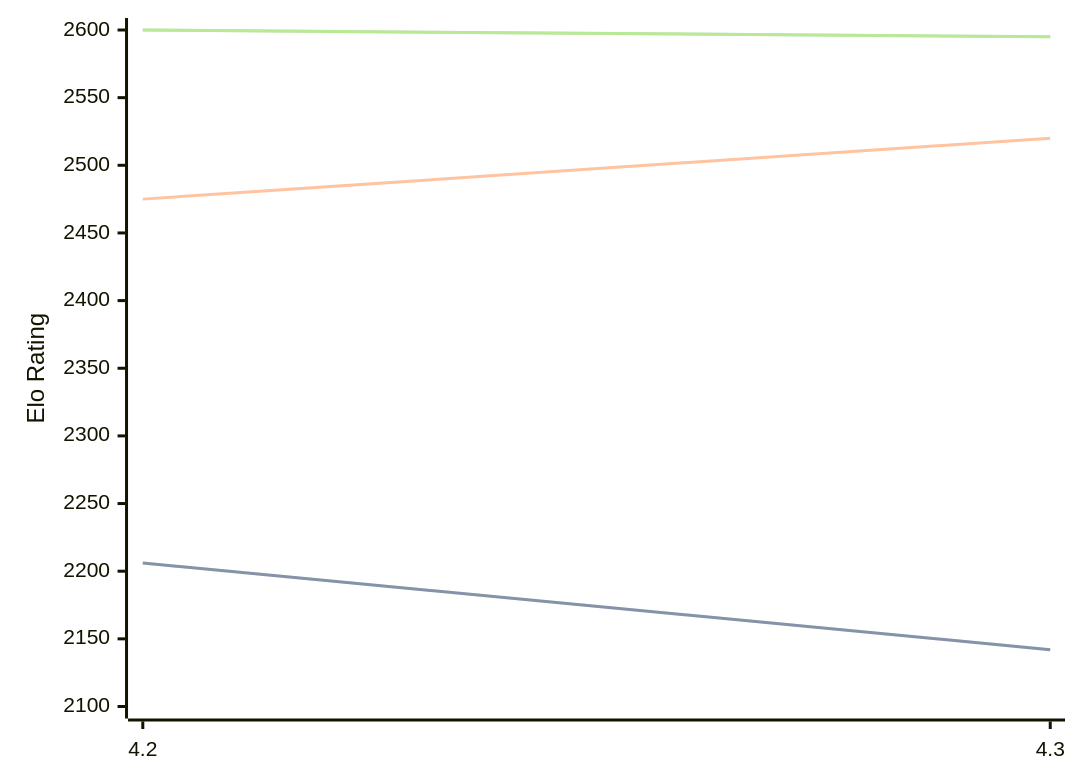
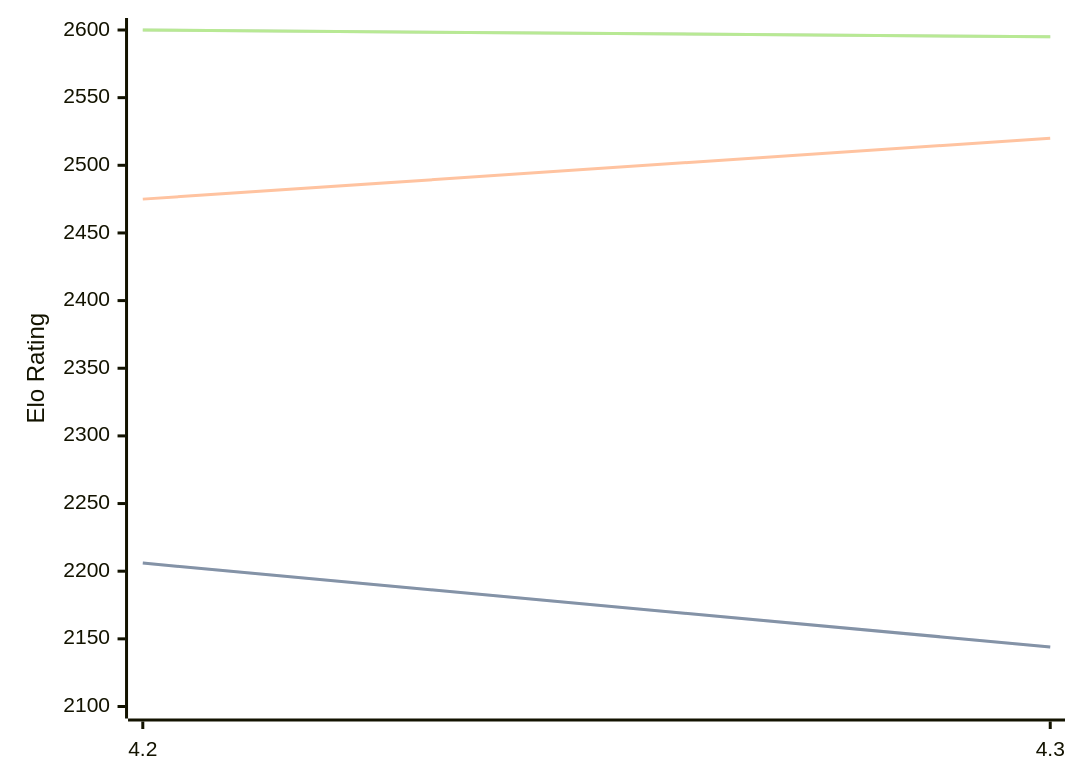
Before and after one commit to computer-chess-index/cci: the diagram in engines/Eubos.md, drawn with Mermaid. The commit also changed other lines of this file, not shown here.

Commit message:
Update CCI Ratings (ELO VLTC) - 2026-03-06

````diff
--- a/engines/Eubos.md
+++ b/engines/Eubos.md
@@ -86,11 +86,11 @@
 ```mermaid
 %%{init: {"theme":"base","themeVariables":{"seriesColors:['#a3a3a3','#222221','#faa371']}}}%%
 xychart-beta
   x-axis ["4.2", "4.3"]
   y-axis "Elo Rating" 2100 --> 2600
-  line "STC (8.0+0.08s)" [2206, 2142]
-  line "STC (8.0+0.08s)" [2206, 2142]
+  line "STC (8.0+0.08s)" [2206, 2144]
+  line "STC (8.0+0.08s)" [2206, 2144]
   line "LTC (60.0+0.60s)" [2475, 2520]
   line "VLTC (2m24s+1.12s)" [2600, 2595]
   line "VLTC (2m24s+1.12s)" [2600, 2595]
 ```
````
